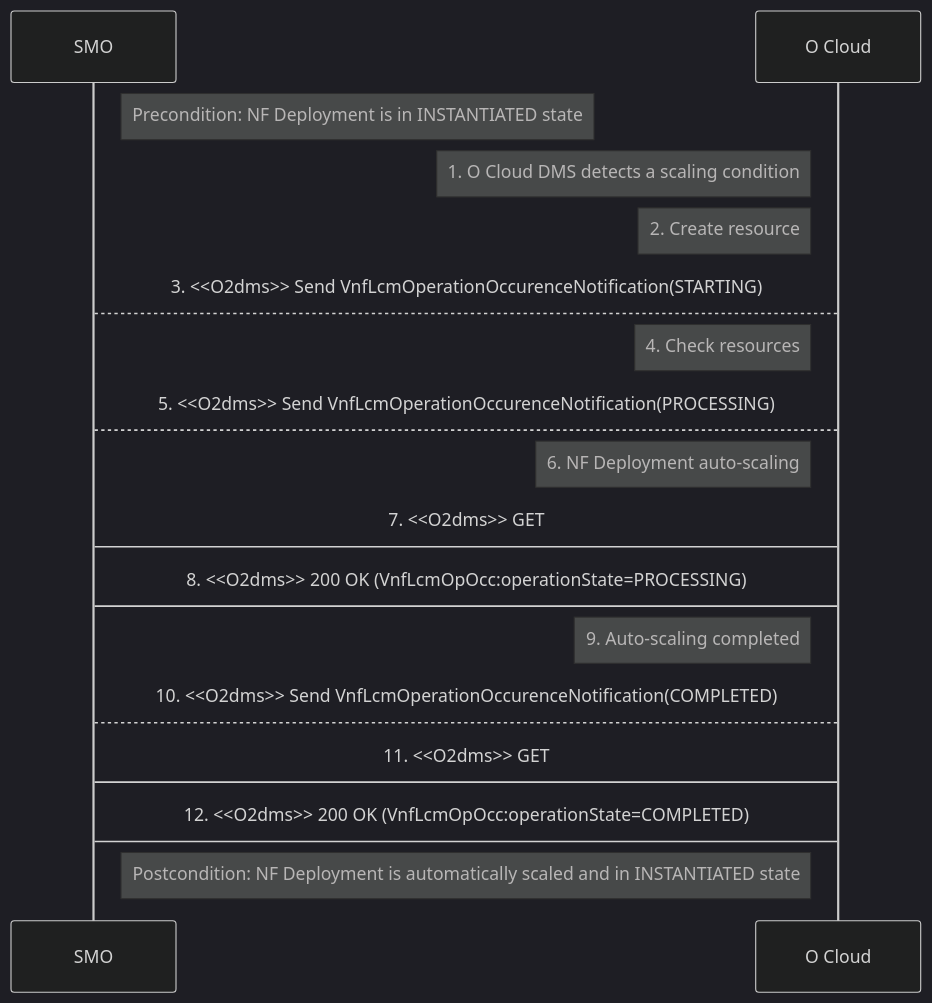
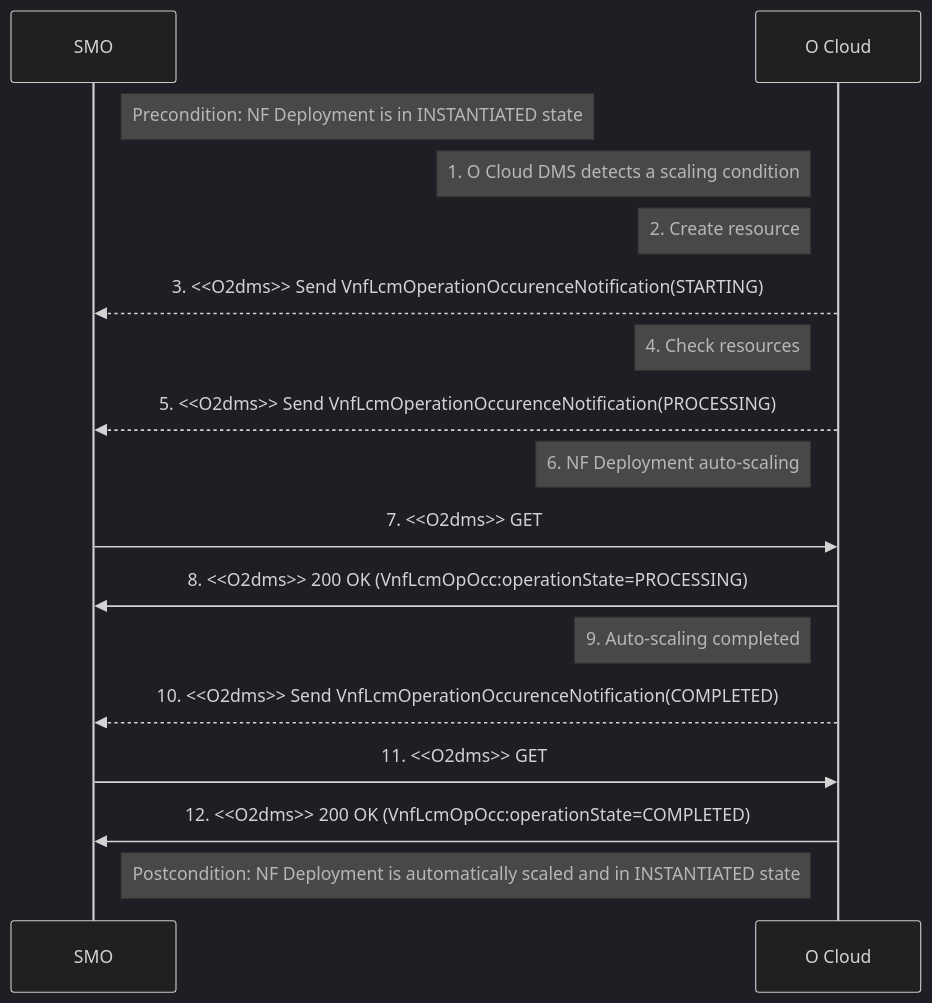
Before and after one commit to NTUST-BMW-Lab/documentation-book: the seventh of 8 diagrams in O-RAN/O2 Interface/3_O2dms_Services.md, drawn with Mermaid (dark theme). The commit also changed other lines of this file, not shown here.

````diff
--- a/O-RAN/O2 Interface/3_O2dms_Services.md
+++ b/O-RAN/O2 Interface/3_O2dms_Services.md
@@ -177,17 +177,17 @@
 ```mermaid
 sequenceDiagram
 Note right of SMO: Precondition: NF Deployment is in INSTANTIATED state
 Note left of O Cloud: 1. O Cloud DMS detects a scaling condition
 Note left of O Cloud: 2. Create resource
-O Cloud-->SMO: 3. <<O2dms>> Send VnfLcmOperationOccurenceNotification(STARTING)
+O Cloud-->>SMO: 3. <<O2dms>> Send VnfLcmOperationOccurenceNotification(STARTING)
 Note left of O Cloud: 4. Check resources
-O Cloud-->SMO: 5. <<O2dms>> Send VnfLcmOperationOccurenceNotification(PROCESSING)
+O Cloud-->>SMO: 5. <<O2dms>> Send VnfLcmOperationOccurenceNotification(PROCESSING)
 Note left of O Cloud: 6. NF Deployment auto-scaling
-SMO->O Cloud: 7. <<O2dms>> GET
-O Cloud->SMO: 8. <<O2dms>> 200 OK (VnfLcmOpOcc:operationState=PROCESSING)
+SMO->>O Cloud: 7. <<O2dms>> GET
+O Cloud->>SMO: 8. <<O2dms>> 200 OK (VnfLcmOpOcc:operationState=PROCESSING)
 Note left of O Cloud: 9. Auto-scaling completed
-O Cloud-->SMO: 10. <<O2dms>> Send VnfLcmOperationOccurenceNotification(COMPLETED)
-SMO->O Cloud: 11. <<O2dms>> GET
-O Cloud->SMO: 12. <<O2dms>> 200 OK (VnfLcmOpOcc:operationState=COMPLETED)
+O Cloud-->>SMO: 10. <<O2dms>> Send VnfLcmOperationOccurenceNotification(COMPLETED)
+SMO->>O Cloud: 11. <<O2dms>> GET
+O Cloud->>SMO: 12. <<O2dms>> 200 OK (VnfLcmOpOcc:operationState=COMPLETED)
 Note right of SMO: Postcondition: NF Deployment is automatically scaled and in INSTANTIATED state
 ```
````
